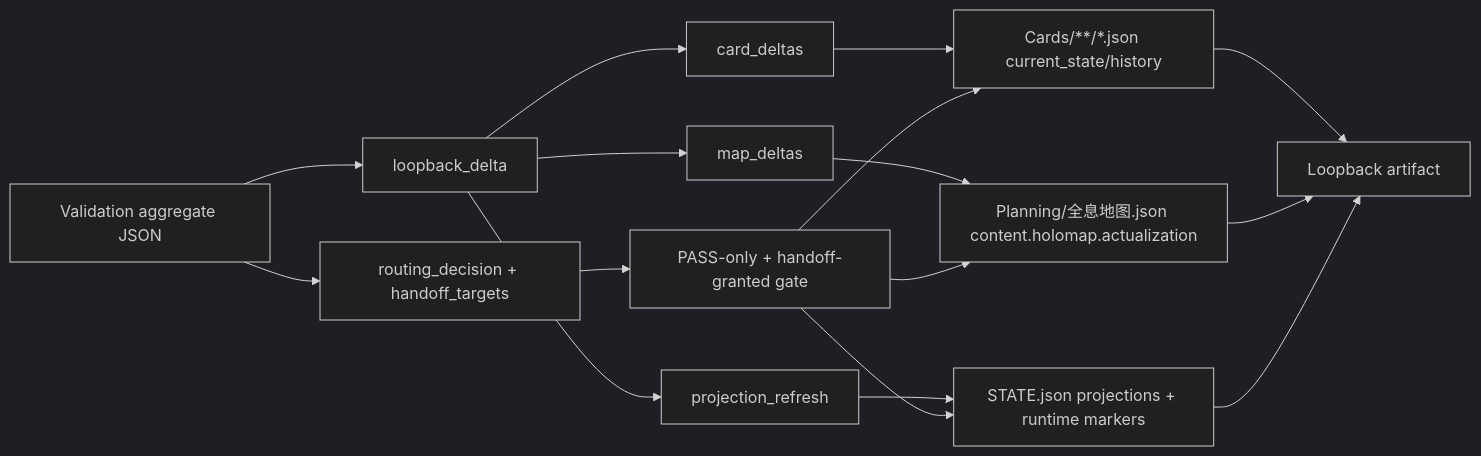
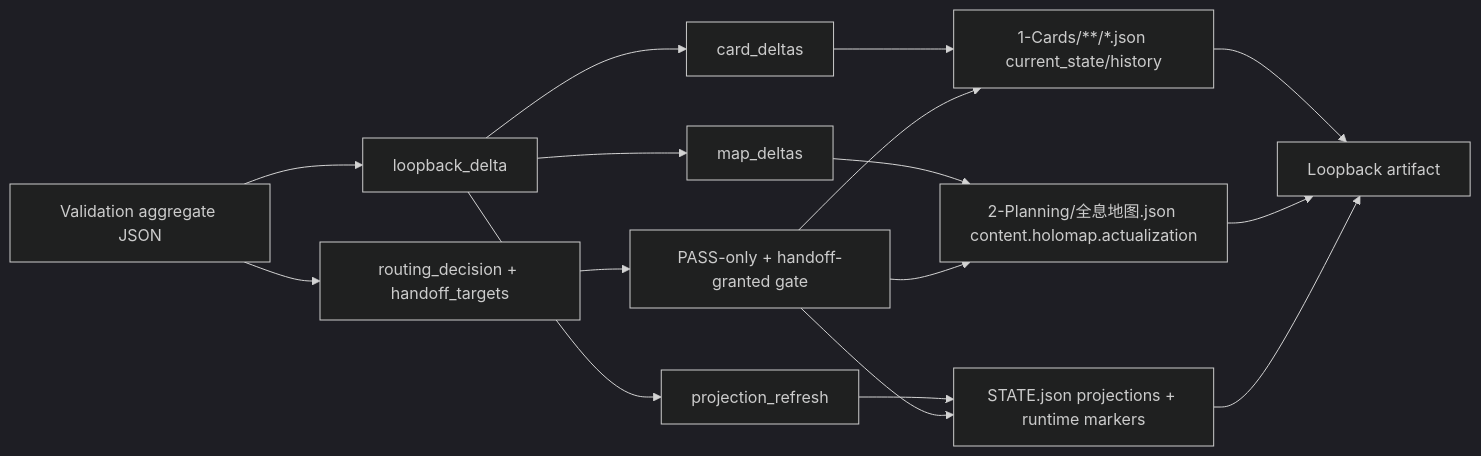
The second of 4 diagrams in .agents/skills/story/5-Loopback/SKILL.md (ZEN-VOID/AI-CUT), drawn with Mermaid (dark theme) before and after one commit. The commit also changed other lines of this file and 234 other files, not shown here.

````diff
--- a/.agents/skills/story/5-Loopback/SKILL.md
+++ b/.agents/skills/story/5-Loopback/SKILL.md
@@ -127,18 +127,18 @@
 ```mermaid
 flowchart LR
     A["Validation aggregate JSON"] --> B["loopback_delta"]
     B --> C["card_deltas"]
     B --> D["map_deltas"]
     B --> E["projection_refresh"]
-    C --> F["Cards/**/*.json current_state/history"]
-    D --> G["Planning/全息地图.json content.holomap.actualization"]
+    C --> F["1-Cards/**/*.json current_state/history"]
+    D --> G["2-Planning/全息地图.json content.holomap.actualization"]
     E --> H["STATE.json projections + runtime markers"]
     A --> I["routing_decision + handoff_targets"]
     I --> J["PASS-only + handoff-granted gate"]
     J --> F
     J --> G
     J --> H
     F --> K["Loopback artifact"]
     G --> K
     H --> K
 ```
````
